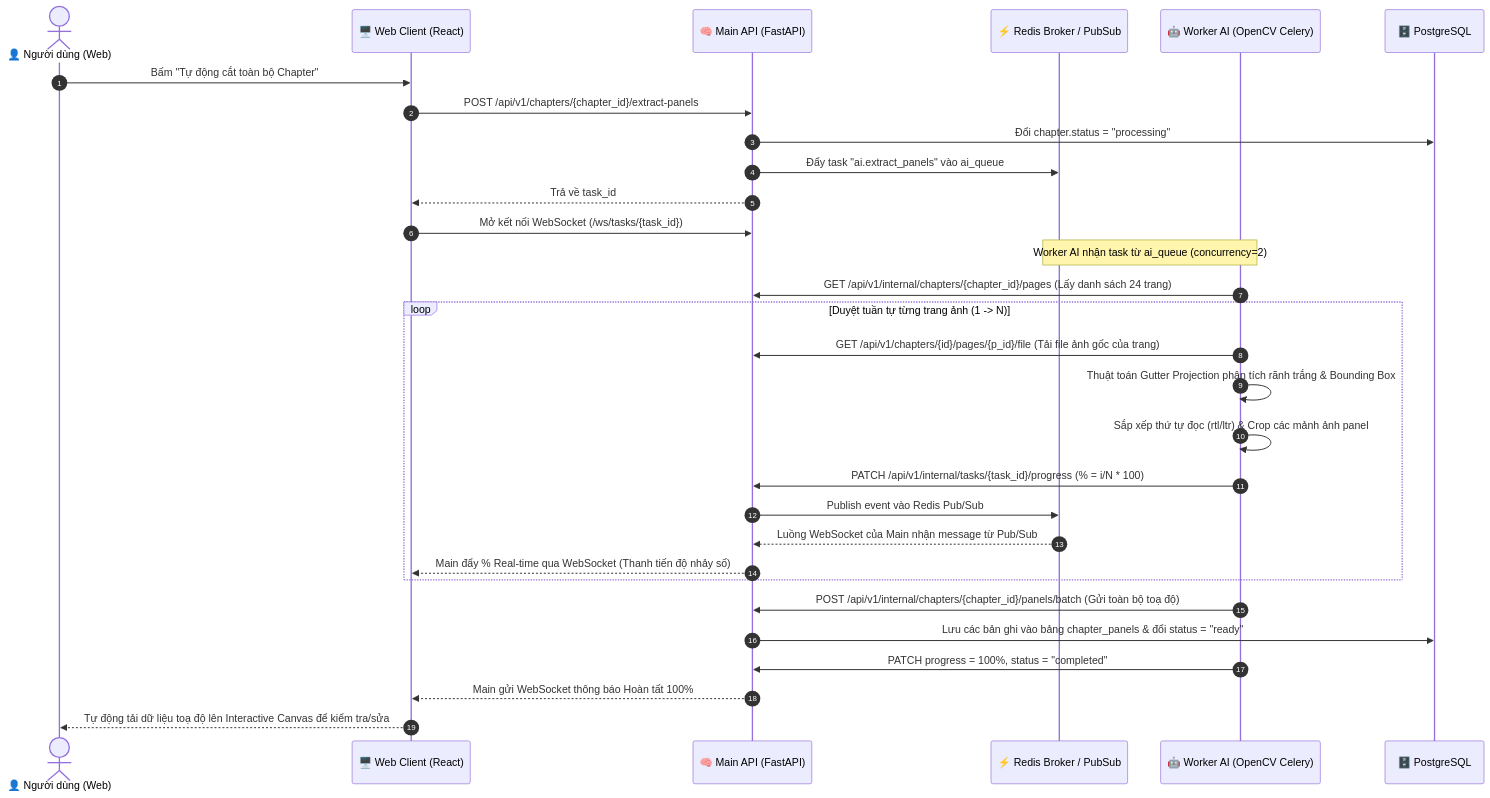
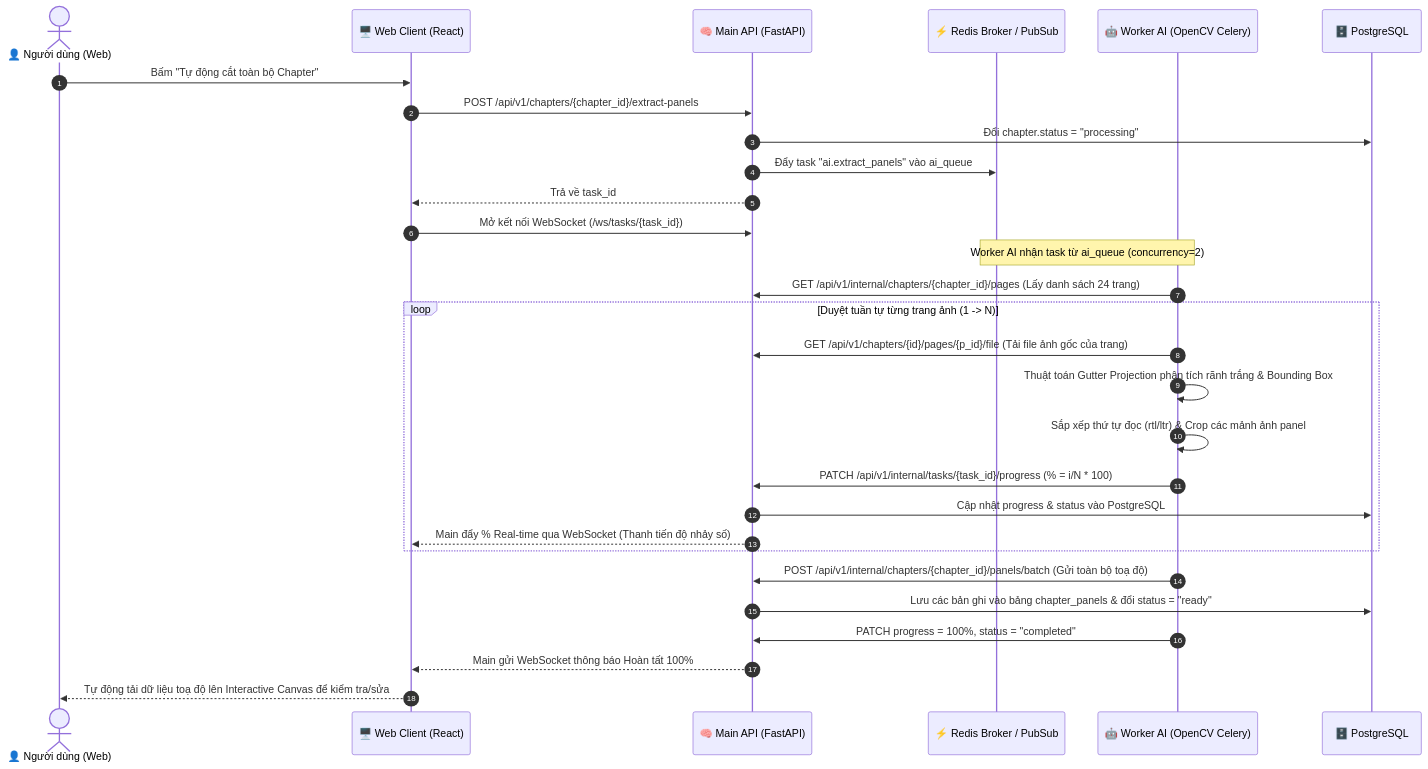
Before and after one commit to Tuanbui1212/tools-review: the diagram in Docs/MODULE_05_TONG_KET_WORKFLOW_GUI.md, drawn with Mermaid. The commit also changed other lines of this file and 1 other file, not shown here.

Commit message:
docs: simplify sequence diagram for single Main instance direct websocket

````diff
--- a/Docs/MODULE_05_TONG_KET_WORKFLOW_GUI.md
+++ b/Docs/MODULE_05_TONG_KET_WORKFLOW_GUI.md
@@ -22,36 +22,35 @@
 ```mermaid
 sequenceDiagram
     autonumber
     actor User as 👤 Người dùng (Web)
     participant Web as 🖥️ Web Client (React)
     participant Main as 🧠 Main API (FastAPI)
     participant Redis as ⚡ Redis Broker / PubSub
     participant Worker as 🤖 Worker AI (OpenCV Celery)
     participant DB as 🗄️ PostgreSQL
 
     User->>Web: Bấm "Tự động cắt toàn bộ Chapter"
     Web->>Main: POST /api/v1/chapters/{chapter_id}/extract-panels
     Main->>DB: Đổi chapter.status = "processing"
     Main->>Redis: Đẩy task "ai.extract_panels" vào ai_queue
     Main-->>Web: Trả về task_id
     Web->>Main: Mở kết nối WebSocket (/ws/tasks/{task_id})
 
     Note over Worker,Redis: Worker AI nhận task từ ai_queue (concurrency=2)
     Worker->>Main: GET /api/v1/internal/chapters/{chapter_id}/pages (Lấy danh sách 24 trang)
     
     loop Duyệt tuần tự từng trang ảnh (1 -> N)
         Worker->>Main: GET /api/v1/chapters/{id}/pages/{p_id}/file (Tải file ảnh gốc của trang)
         Worker->>Worker: Thuật toán Gutter Projection phân tích rãnh trắng & Bounding Box
         Worker->>Worker: Sắp xếp thứ tự đọc (rtl/ltr) & Crop các mảnh ảnh panel
         Worker->>Main: PATCH /api/v1/internal/tasks/{task_id}/progress (% = i/N * 100)
-        Main->>Redis: Publish event vào Redis Pub/Sub
-        Redis-->>Main: Luồng WebSocket của Main nhận message từ Pub/Sub
+        Main->>DB: Cập nhật progress & status vào PostgreSQL
         Main-->>Web: Main đẩy % Real-time qua WebSocket (Thanh tiến độ nhảy số)
     end
 
     Worker->>Main: POST /api/v1/internal/chapters/{chapter_id}/panels/batch (Gửi toàn bộ toạ độ)
     Main->>DB: Lưu các bản ghi vào bảng chapter_panels & đổi status = "ready"
     Worker->>Main: PATCH progress = 100%, status = "completed"
     Main-->>Web: Main gửi WebSocket thông báo Hoàn tất 100%
     Web-->>User: Tự động tải dữ liệu toạ độ lên Interactive Canvas để kiểm tra/sửa
 ```
````
